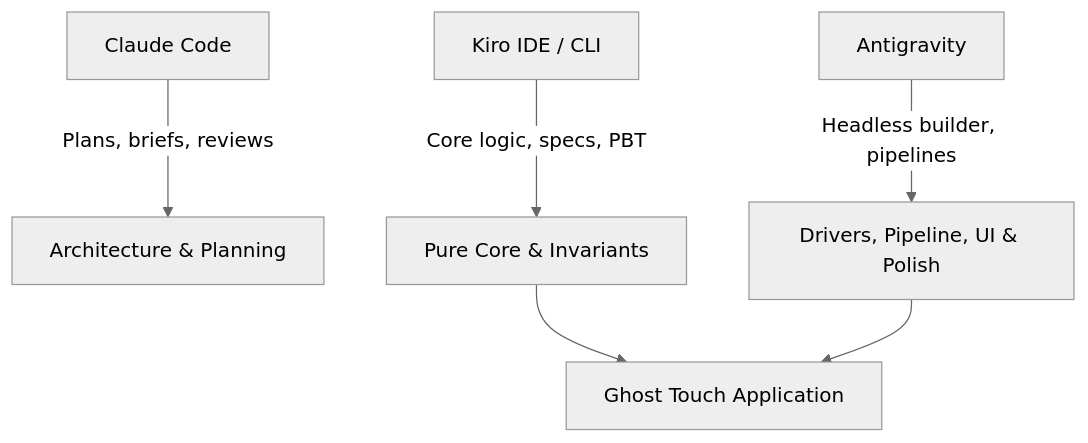
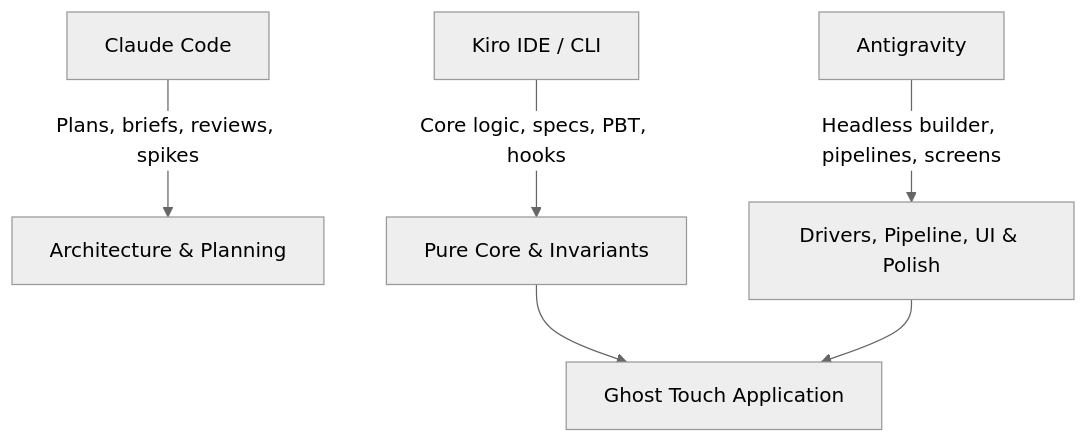
One commit to Ratnesh-101/ghost-touch changed the diagram in docs/KIRO_WRITEUP.md. Above: the diagram before and after it, drawn with Mermaid (neutral theme). The commit also changed other lines of this file, not shown here.

Commit message:
docs: update Kiro writeup with honest attribution, 5 hooks, P1-P17, and division of labor matrix

````diff
--- a/docs/KIRO_WRITEUP.md
+++ b/docs/KIRO_WRITEUP.md
@@ -153,9 +201,9 @@
 ```mermaid
 flowchart TD
-  CC[Claude Code] -->|Plans, briefs, reviews| ARCH[Architecture & Planning]
-  KIRO[Kiro IDE / CLI] -->|Core logic, specs, PBT| CORE[Pure Core & Invariants]
-  AGY[Antigravity] -->|Headless builder, pipelines| SHELL[Drivers, Pipeline, UI & Polish]
+  CC[Claude Code] -->|Plans, briefs, reviews, spikes| ARCH[Architecture & Planning]
+  KIRO[Kiro IDE / CLI] -->|Core logic, specs, PBT, hooks| CORE[Pure Core & Invariants]
+  AGY[Antigravity] -->|Headless builder, pipelines, screens| SHELL[Drivers, Pipeline, UI & Polish]
 
   CORE --> GT[Ghost Touch Application]
   SHELL --> GT
 ```
````
